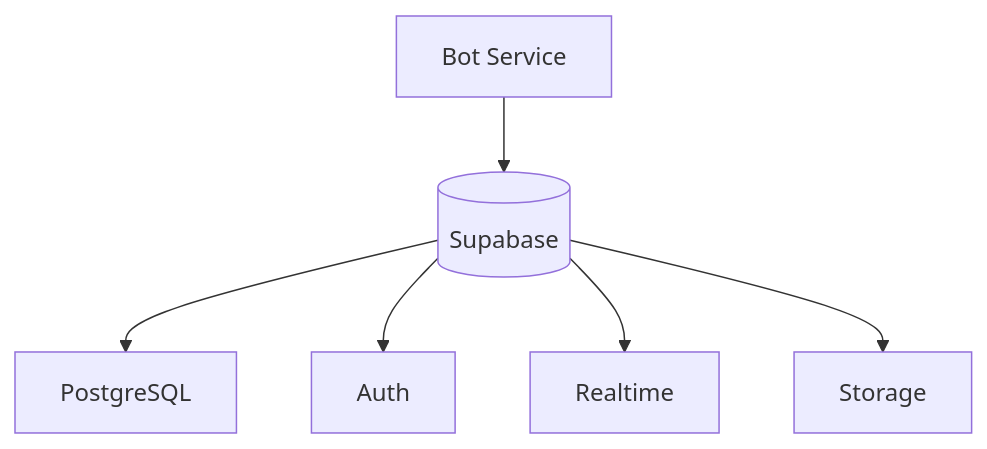
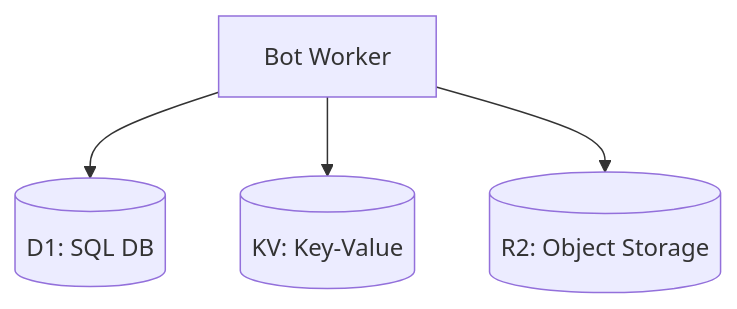
Before and after one commit to irfndi/meets-match: the first of 3 diagrams in _docs_/TECH.MD, drawn with Mermaid. The commit also changed other lines of this file and 5979 other files, not shown here.

````diff
--- a/_docs_/TECH.MD
+++ b/_docs_/TECH.MD
@@ -82,8 +81,6 @@
 ```mermaid
 graph TD
-    A[Bot Service] --> B[(Supabase)]
-    B --> C[PostgreSQL]
-    B --> D[Auth]
-    B --> E[Realtime]
-    B --> F[Storage]
+    A[Bot Worker] --> B[(D1: SQL DB)]
+    A --> C[(KV: Key-Value)]
+    A --> D[(R2: Object Storage)]
 ```
````
